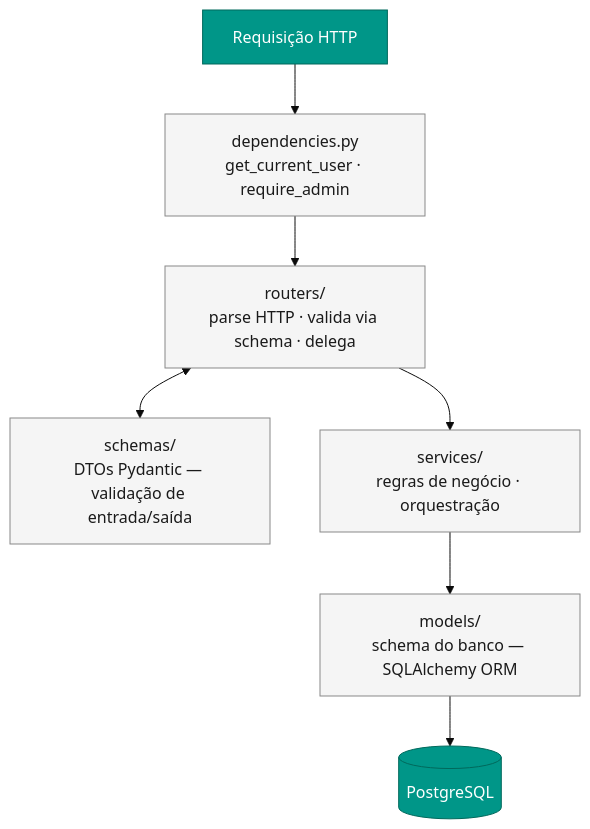
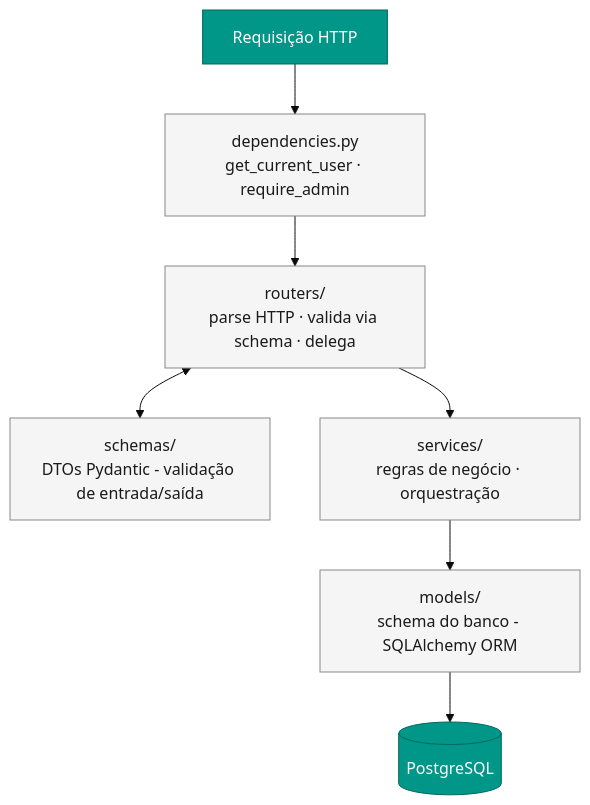
One commit to jgabrielflores/marcenaria-api changed the second of 7 diagrams in docs/arquitetura.md. Above: the diagram before and after it, drawn with Mermaid (base theme). The commit also changed other lines of this file and 16 other files, not shown here.

````diff
--- a/docs/arquitetura.md
+++ b/docs/arquitetura.md
@@ -86,22 +86,22 @@
 ```mermaid
 flowchart TB
     HTTP["Requisição HTTP"]
     Dep["dependencies.py<br/>get_current_user · require_admin"]
     Router["routers/<br/>parse HTTP · valida via schema · delega"]
-    Schema["schemas/<br/>DTOs Pydantic — validação de entrada/saída"]
+    Schema["schemas/<br/>DTOs Pydantic - validação de entrada/saída"]
     Service["services/<br/>regras de negócio · orquestração"]
-    Model["models/<br/>schema do banco — SQLAlchemy ORM"]
+    Model["models/<br/>schema do banco - SQLAlchemy ORM"]
     DB[("PostgreSQL")]
 
     HTTP --> Dep
     Dep --> Router
     Router <--> Schema
     Router --> Service
     Service --> Model
     Model --> DB
 
     classDef l fill:#f5f5f5,stroke:#888,color:#1a1a1a
     classDef io fill:#009688,stroke:#00695c,color:#fff
     class Dep,Router,Schema,Service,Model l
     class HTTP,DB io
 ```
````
